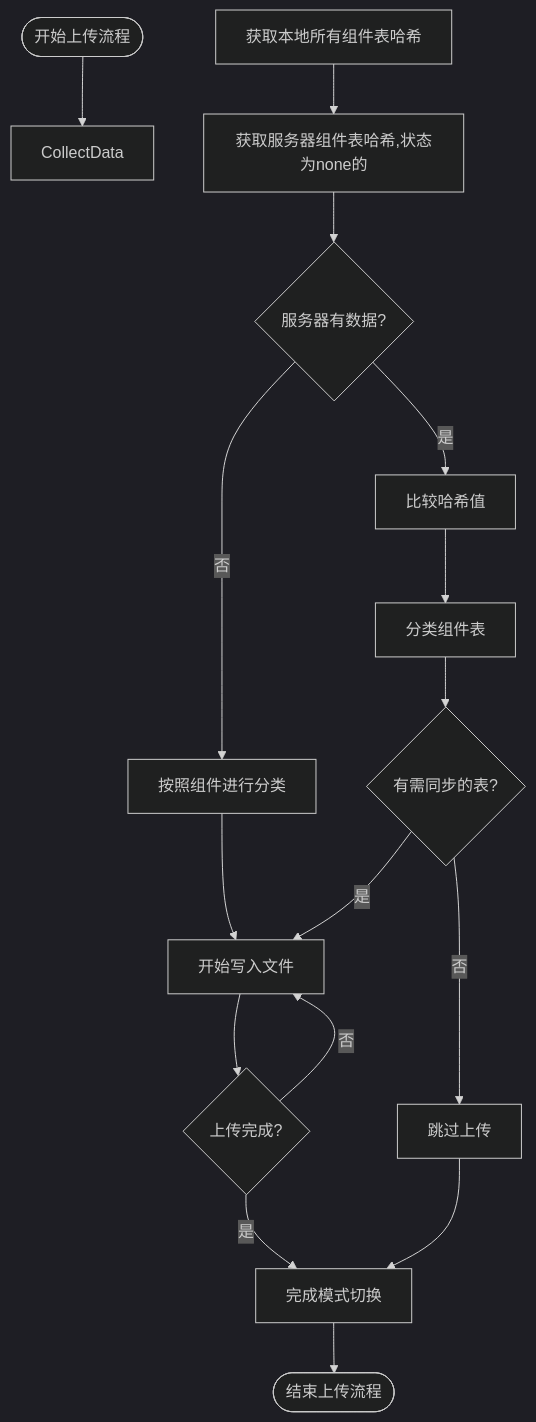
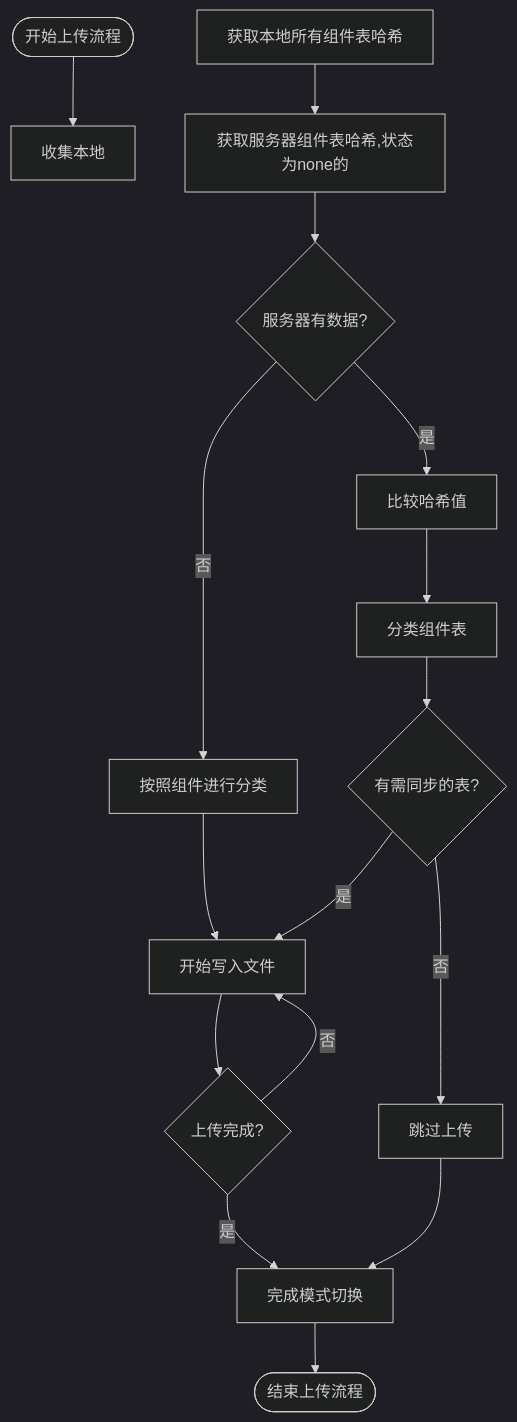
One commit to yingjianzh/iodraw-files changed the diagram in all/未命名-59.md. Above: the diagram before and after it, drawn with Mermaid (dark theme).

Commit message:
2025-05-14 15:50:28 update

````diff
--- a/all/未命名-59.md
+++ b/all/未命名-59.md
@@ -1,33 +1,33 @@
 ```mermaid
 
 flowchart TD
-    Start([开始上传流程]) --> CollectData
+    Start([开始上传流程]) --> CollectData[收集本地]
     CollectLocalHashes[获取本地所有组件表哈希]
     CollectLocalHashes --> FetchServerHashes[获取服务器组件表哈希,状态为none的]
     
     FetchServerHashes --> ServerHasData{服务器有数据?}
     
     ServerHasData -->|是| CompareHashes[比较哈希值]
     ServerHasData -->|否| ClassifyTables2[按照组件进行分类]
     ClassifyTables2 --> StartBatching[开始写入文件]
     
     CompareHashes --> ClassifyTables[分类组件表]
     ClassifyTables --> HasChanges{有需同步的表?}
     
     HasChanges -->|否| SkipUpload[跳过上传]
     HasChanges -->|是| StartBatching
     
     StartBatching --> UploadComplete{上传完成?}
 
 
     UploadComplete -->|是| FinalizeMode[完成模式切换]
     UploadComplete -->|否| StartBatching
 
     
     
     FinalizeMode --> End([结束上传流程])
     
     SkipUpload --> FinalizeMode
 
 
 ```
````
